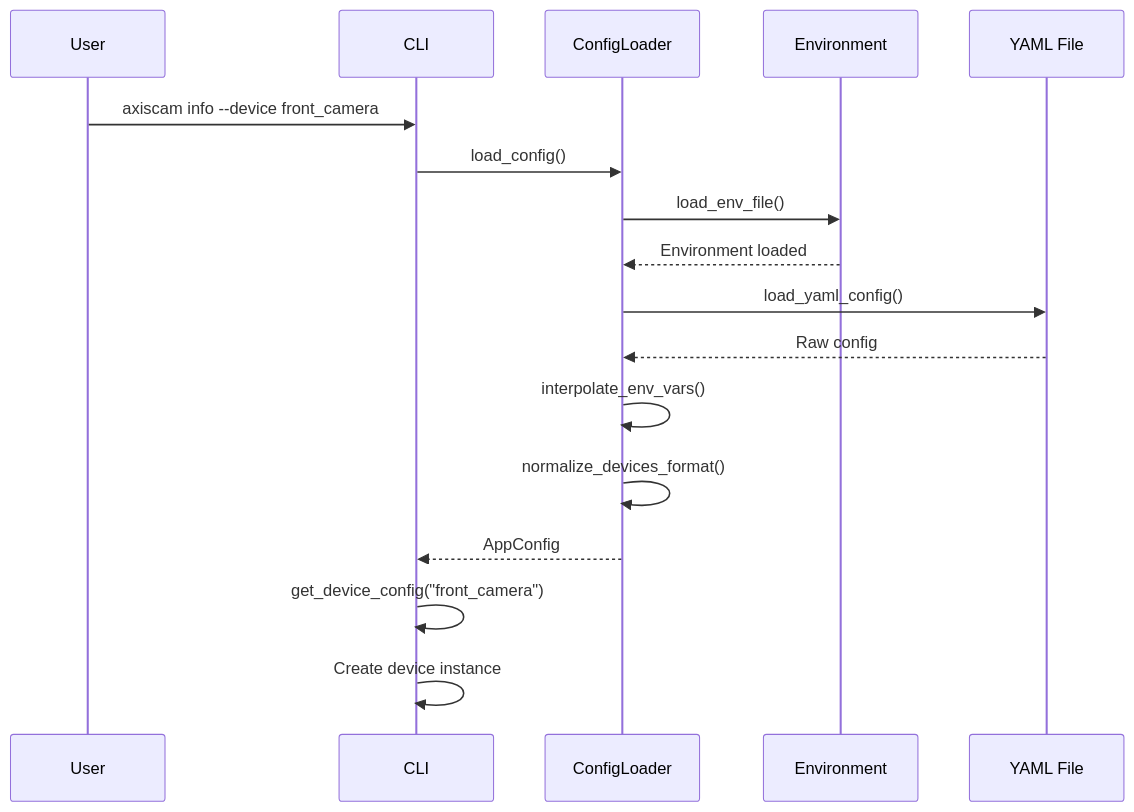
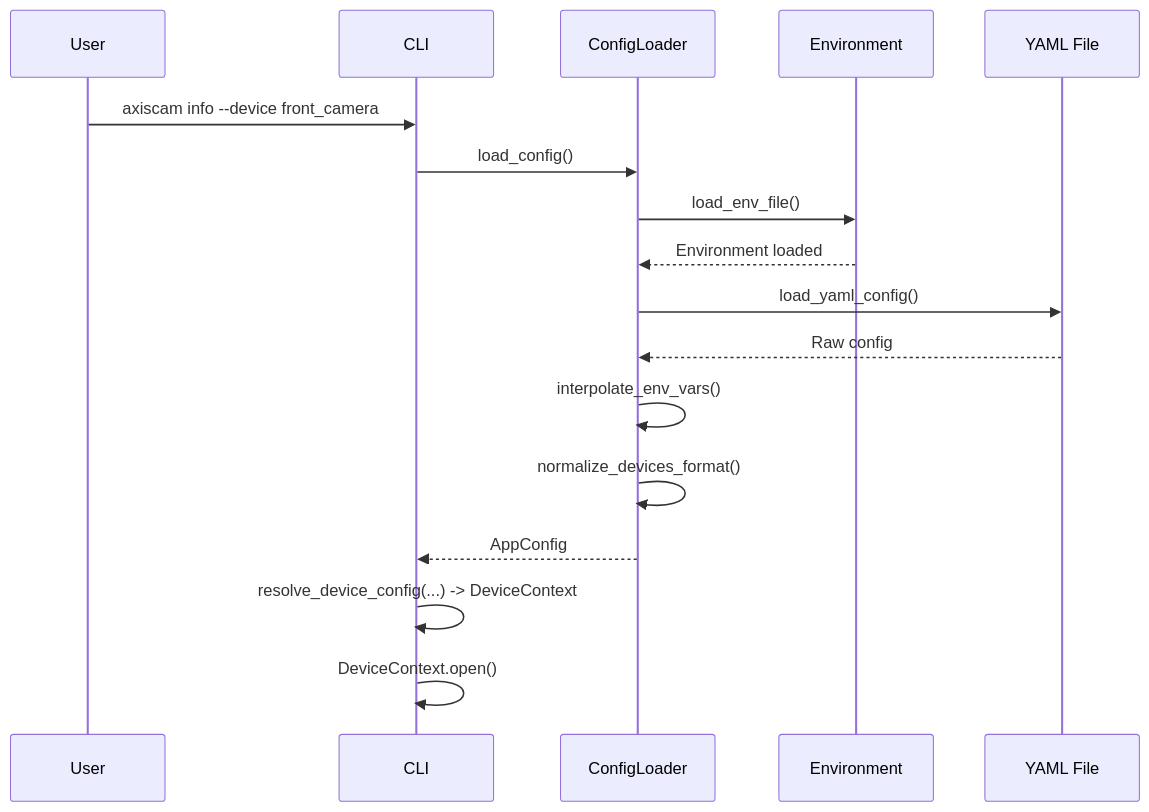
Diagram 11 of 29 in docs/architecture.md (NetDevAutomate/axiscam), drawn with Mermaid before and after one commit. The commit also changed other lines of this file and 17 other files, not shown here.

First line of the commit message:
docs(phase-1): registry architecture, module tables, report shape; coverage 58

````diff
--- a/docs/architecture.md
+++ b/docs/architecture.md
@@ -467,20 +505,20 @@
 ```mermaid
 sequenceDiagram
     participant User as User
     participant CLI as CLI
     participant Config as ConfigLoader
     participant ENV as Environment
     participant YAML as YAML File
 
     User->>CLI: axiscam info --device front_camera
     CLI->>Config: load_config()
     Config->>ENV: load_env_file()
     ENV-->>Config: Environment loaded
     Config->>YAML: load_yaml_config()
     YAML-->>Config: Raw config
     Config->>Config: interpolate_env_vars()
     Config->>Config: normalize_devices_format()
     Config-->>CLI: AppConfig
-    CLI->>CLI: get_device_config("front_camera")
-    CLI->>CLI: Create device instance
+    CLI->>CLI: resolve_device_config(...) -> DeviceContext
+    CLI->>CLI: DeviceContext.open()
 ```
````
